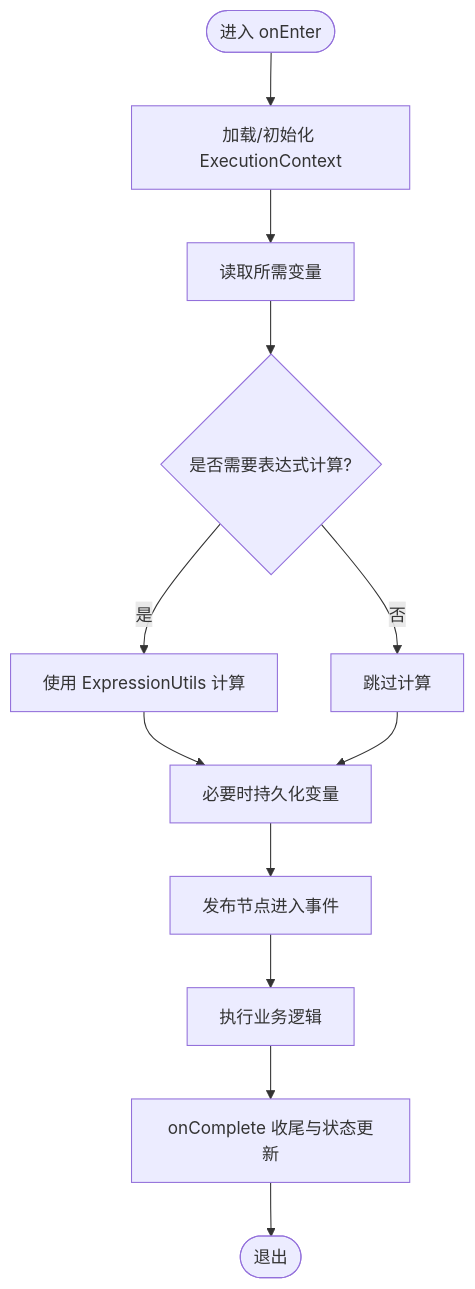
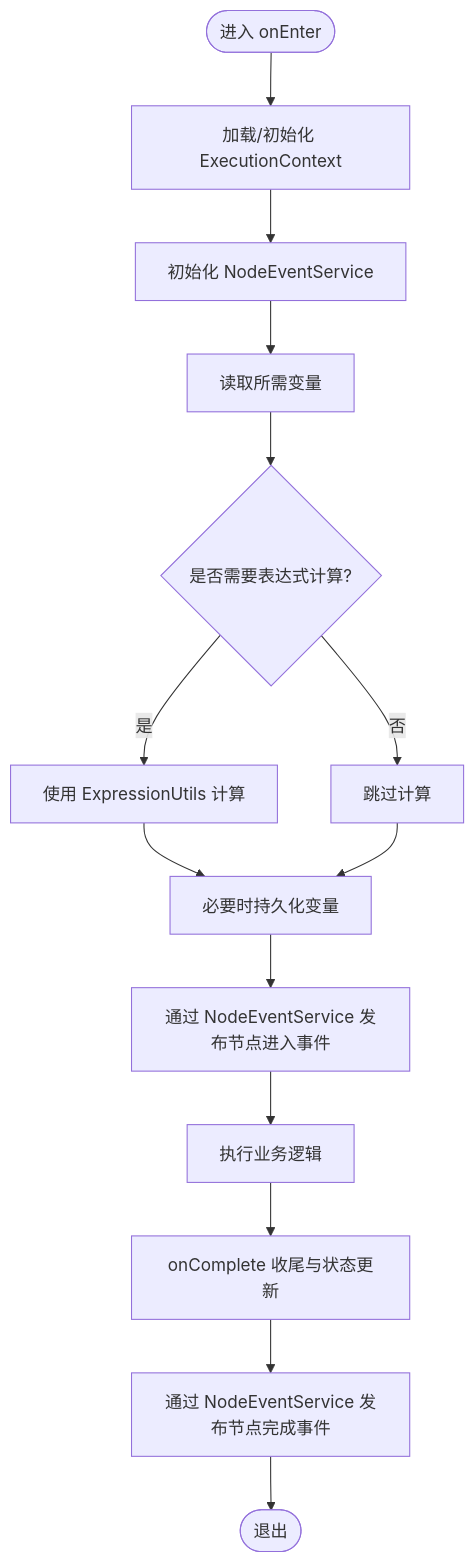
Before and after one commit to liming-lihaini/workflow: the fourth of 5 diagrams in .qoder/repowiki/zh/content/核心引擎设计/节点处理器架构/节点处理器架构.md, drawn with Mermaid. The commit also changed other lines of this file and 9 other files, not shown here.

````diff
--- a/.qoder/repowiki/zh/content/核心引擎设计/节点处理器架构/节点处理器架构.md
+++ b/.qoder/repowiki/zh/content/核心引擎设计/节点处理器架构/节点处理器架构.md
@@ -258,14 +288,16 @@
 ```mermaid
 flowchart TD
 Start(["进入 onEnter"]) --> LoadCtx["加载/初始化 ExecutionContext"]
-LoadCtx --> ReadVars["读取所需变量"]
+LoadCtx --> InitEventSvc["初始化 NodeEventService"]
+InitEventSvc --> ReadVars["读取所需变量"]
 ReadVars --> EvalExpr{"是否需要表达式计算?"}
 EvalExpr --> |是| Calc["使用 ExpressionUtils 计算"]
 EvalExpr --> |否| SkipCalc["跳过计算"]
 Calc --> Persist["必要时持久化变量"]
 SkipCalc --> Persist
-Persist --> PublishEvt["发布节点进入事件"]
+Persist --> PublishEvt["通过 NodeEventService 发布节点进入事件"]
 PublishEvt --> Business["执行业务逻辑"]
 Business --> Complete["onComplete 收尾与状态更新"]
-Complete --> End(["退出"])
+Complete --> PublishCompleteEvt["通过 NodeEventService 发布节点完成事件"]
+PublishCompleteEvt --> End(["退出"])
 ```
````
